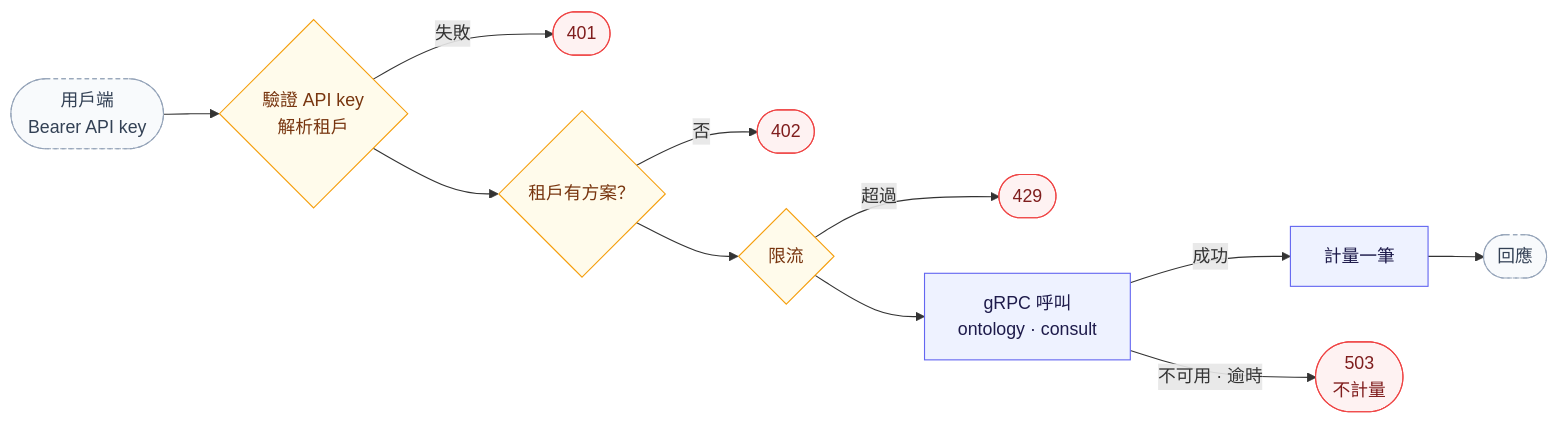
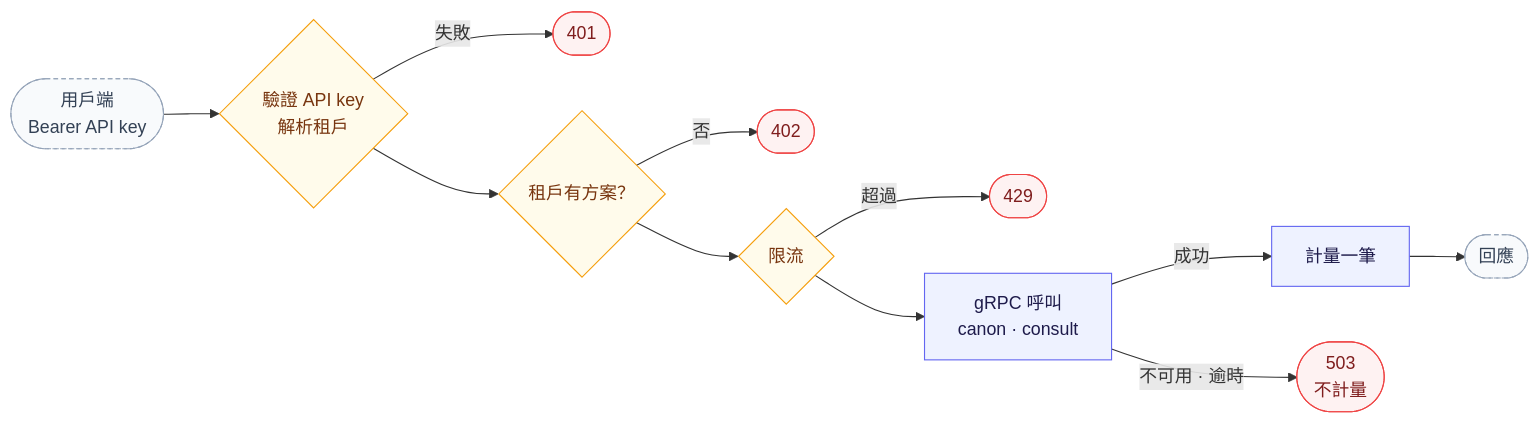
One commit to elihu0211/envcite changed the first of 2 diagrams in services/platform/README.md. Above: the diagram before and after it, drawn with Mermaid. The commit also changed other lines of this file and 898 other files, not shown here.

First line of the commit message:
refactor(canon): rename the ontology service to canon (#206)

````diff
--- a/services/platform/README.md
+++ b/services/platform/README.md
@@ -49,27 +49,27 @@
 ```mermaid
 ---
 config:
   flowchart:
     curve: basis
 ---
 flowchart LR
     req(["用戶端<br/>Bearer API key"]) --> auth{"驗證 API key<br/>解析租戶"}
     auth -->|失敗| e401(["401"])
     auth --> plan{"租戶有方案？"}
     plan -->|否| e402(["402"])
     plan --> rate{"限流"}
     rate -->|超過| e429(["429"])
-    rate --> rpc["gRPC 呼叫<br/>ontology · consult"]
+    rate --> rpc["gRPC 呼叫<br/>canon · consult"]
     rpc -->|成功| meter["計量一筆"]
     rpc -->|不可用 · 逾時| e503(["503<br/>不計量"])
     meter --> res(["回應"])
 
     classDef step fill:#eef2ff,stroke:#6366f1,color:#1e1b4b
     classDef gate fill:#fffbeb,stroke:#f59e0b,color:#78350f
     classDef ext fill:#f8fafc,stroke:#94a3b8,stroke-dasharray:4 3,color:#334155
     classDef stop fill:#fef2f2,stroke:#ef4444,color:#7f1d1d
     class rpc,meter step
     class auth,plan,rate gate
     class req,res ext
     class e401,e402,e429,e503 stop
 ```
````
